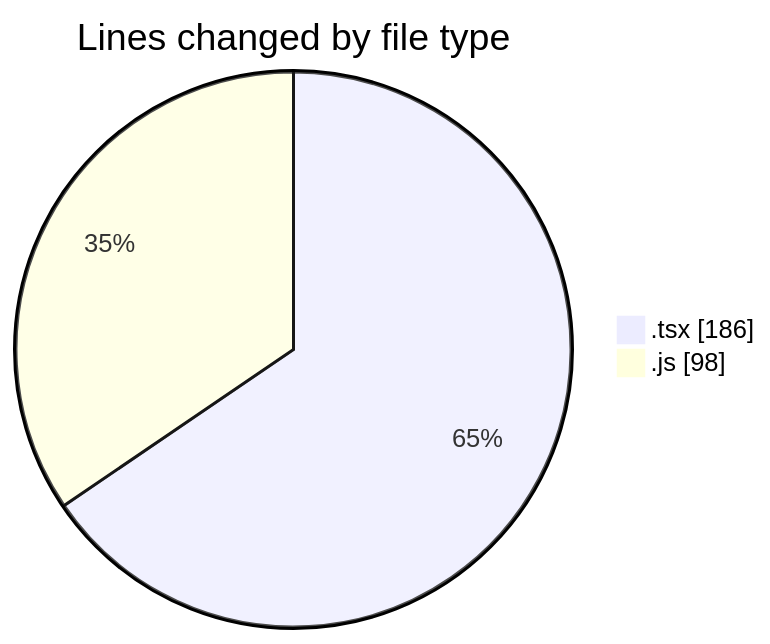
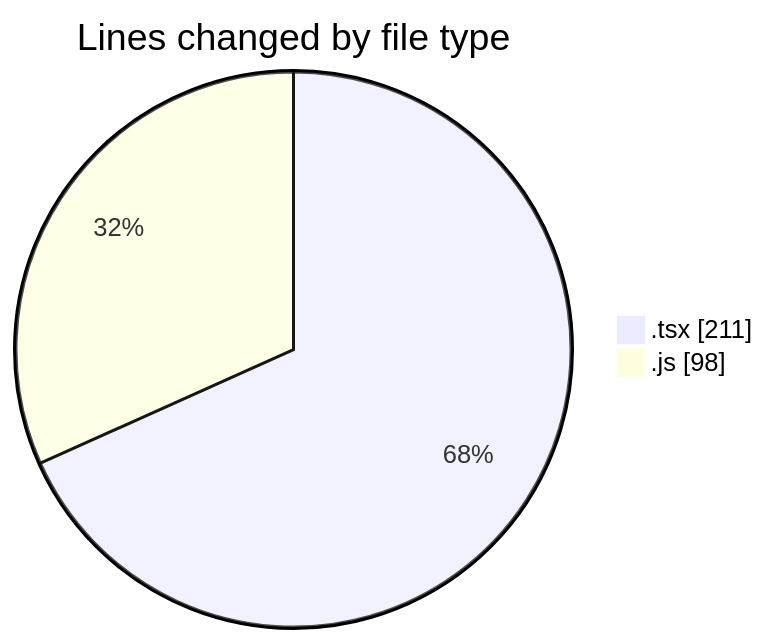
One commit to momahboobian/code-tracking changed the first of 2 diagrams in 2025-03-31/cda/README.md. Above: the diagram before and after it, drawn with Mermaid. The commit also changed other lines of this file and 1 other file, not shown here.

````diff
--- a/2025-03-31/cda/README.md
+++ b/2025-03-31/cda/README.md
@@ -22,6 +23,6 @@
 ```mermaid
 pie showData
 title Lines changed by file type
-".tsx" : 186
+".tsx" : 211
 ".js" : 98
 ```
````
